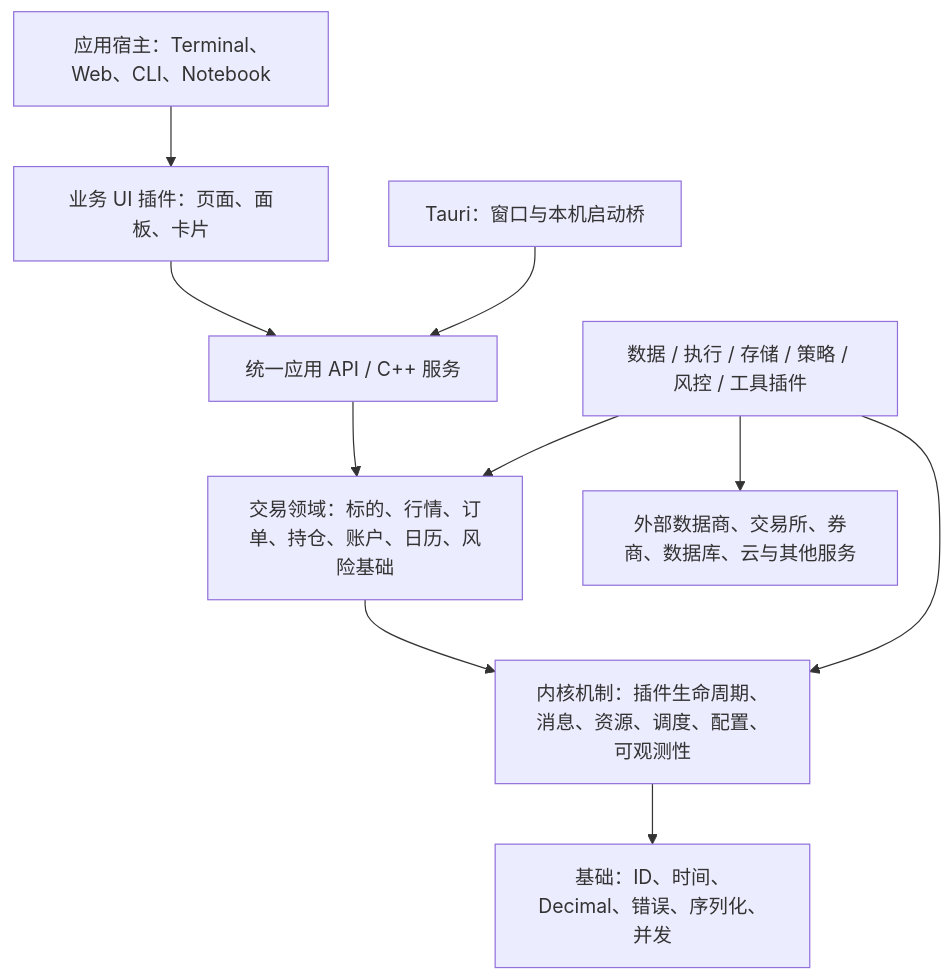
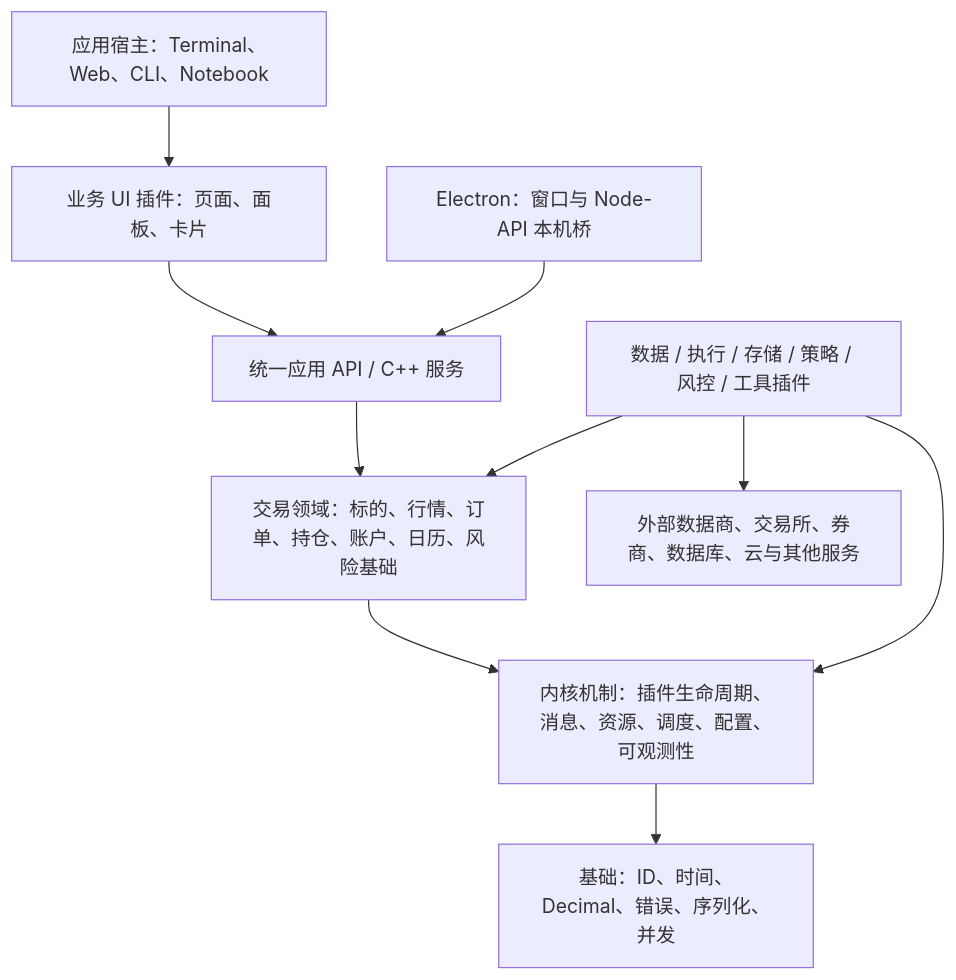
One commit to isqiwen/asterion-terminal changed the diagram in docs/architecture.md. Above: the diagram before and after it, drawn with Mermaid. The commit also changed other lines of this file and 480 other files, not shown here.

````diff
--- a/docs/architecture.md
+++ b/docs/architecture.md
@@ -15,21 +15,21 @@
 ```mermaid
 flowchart TB
   Host[应用宿主：Terminal、Web、CLI、Notebook]
   UI[业务 UI 插件：页面、面板、卡片]
-  Tauri[Tauri：窗口与本机启动桥]
+  Electron[Electron：窗口与 Node-API 本机桥]
   API[统一应用 API / C++ 服务]
   Domain[交易领域：标的、行情、订单、持仓、账户、日历、风险基础]
   Kernel[内核机制：插件生命周期、消息、资源、调度、配置、可观测性]
   Foundation[基础：ID、时间、Decimal、错误、序列化、并发]
   Plugins[数据 / 执行 / 存储 / 策略 / 风控 / 工具插件]
   External[外部数据商、交易所、券商、数据库、云与其他服务]
   Host --> UI
   UI --> API
-  Tauri --> API
+  Electron --> API
   API --> Domain
   Domain --> Kernel
   Kernel --> Foundation
   Plugins --> Domain
   Plugins --> Kernel
   Plugins --> External
 ```
````
